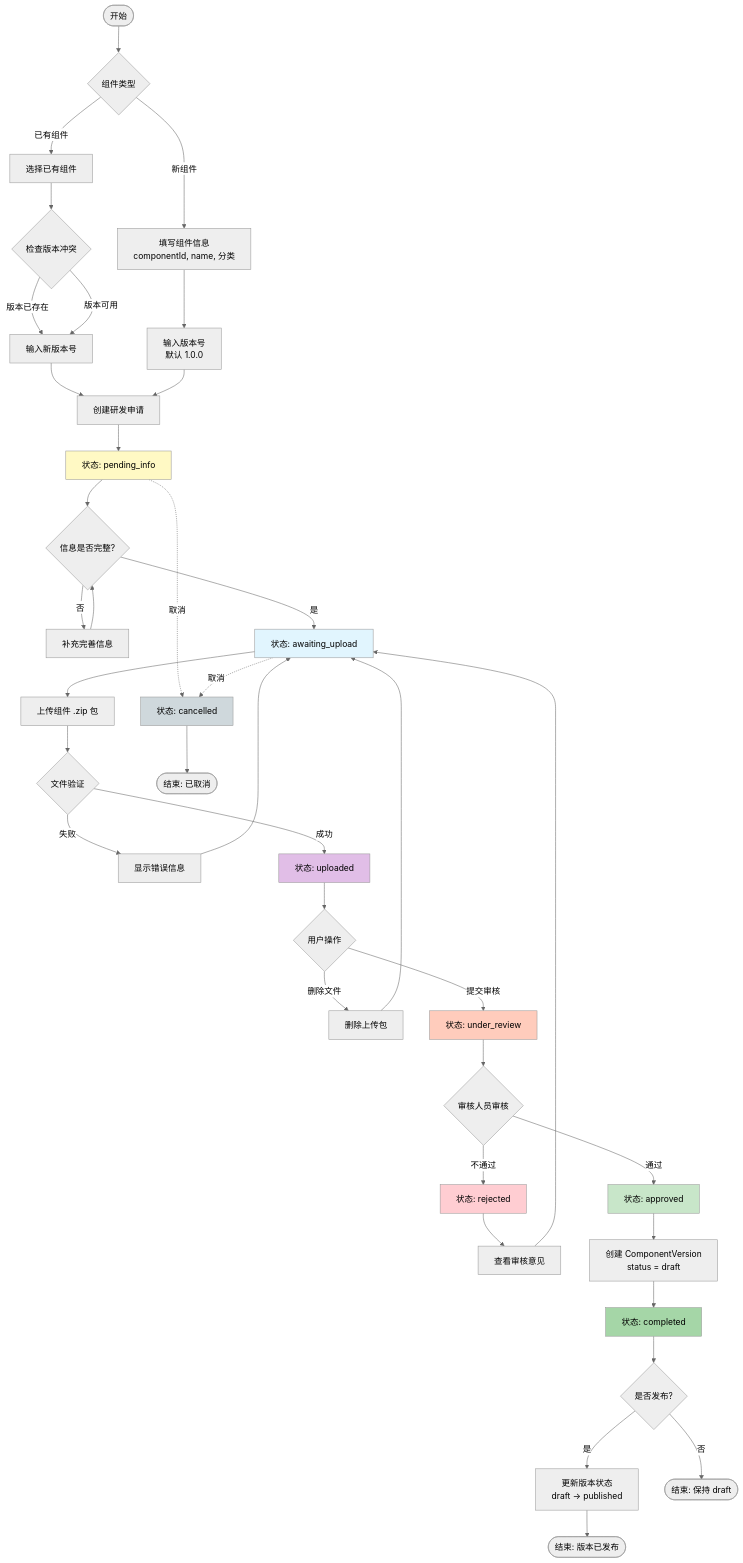
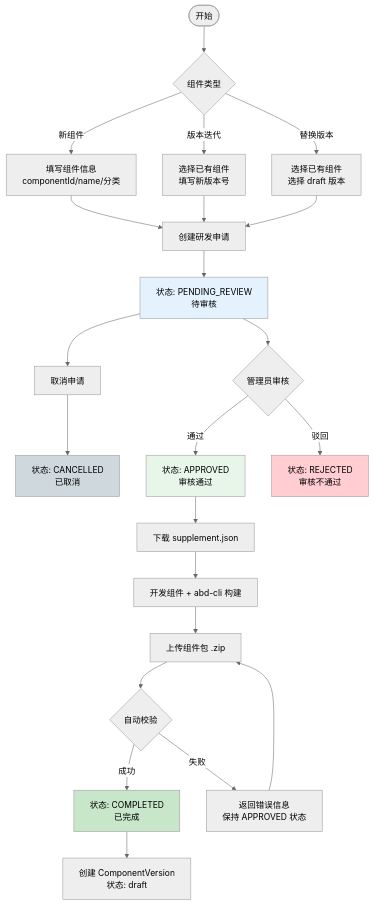
One commit to weitingweiting/rbac-jwt-redis-nest changed the diagram in docs/组件研发申请流程设计.md. Above: the diagram before and after it, drawn with Mermaid (neutral theme). The commit also changed other lines of this file and 16 other files, not shown here.

````diff
--- a/docs/组件研发申请流程设计.md
+++ b/docs/组件研发申请流程设计.md
@@ -261,65 +201,38 @@
 ```mermaid
 flowchart TD
     Start([开始]) --> Choice{组件类型}
 
-    Choice -->|新组件| NewComp[填写组件信息<br/>componentId, name, 分类]
-    Choice -->|已有组件| ExistComp[选择已有组件]
+    Choice -->|新组件| NewComp[填写组件信息<br/>componentId/name/分类]
+    Choice -->|版本迭代| VersionComp[选择已有组件<br/>填写新版本号]
+    Choice -->|替换版本| ReplaceComp[选择已有组件<br/>选择 draft 版本]
 
-    NewComp --> VersionInput[输入版本号<br/>默认 1.0.0]
-    ExistComp --> VersionCheck{检查版本冲突}
+    NewComp --> CreateApp[创建研发申请]
+    VersionComp --> CreateApp
+    ReplaceComp --> CreateApp
 
-    VersionCheck -->|版本已存在| VersionInput2[输入新版本号]
-    VersionCheck -->|版本可用| VersionInput2
-    VersionInput2 --> CreateApp[创建研发申请]
+    CreateApp --> PendingReview[状态: PENDING_REVIEW<br/>待审核]
 
-    VersionInput --> CreateApp
-    CreateApp --> State1[状态: pending_info]
+    PendingReview --> ReviewChoice{管理员审核}
+    PendingReview --> Cancel[取消申请]
+    Cancel --> Cancelled[状态: CANCELLED<br/>已取消]
 
-    State1 --> CompleteInfo{信息是否完整?}
-    CompleteInfo -->|否| EditInfo[补充完善信息]
-    EditInfo --> CompleteInfo
-    CompleteInfo -->|是| State2[状态: awaiting_upload]
+    ReviewChoice -->|通过| Approved[状态: APPROVED<br/>审核通过]
+    ReviewChoice -->|驳回| Rejected[状态: REJECTED<br/>审核不通过]
 
-    State2 --> Upload[上传组件 .zip 包]
-    Upload --> Validate{文件验证}
+    Approved --> Download[下载 supplement.json]
+    Download --> Develop[开发组件 + abd-cli 构建]
+    Develop --> Upload[上传组件包 .zip]
 
-    Validate -->|失败| ErrorMsg[显示错误信息]
-    ErrorMsg --> State2
+    Upload --> Validate{自动校验}
+    Validate -->|成功| Completed[状态: COMPLETED<br/>已完成]
+    Validate -->|失败| UploadFailed[返回错误信息<br/>保持 APPROVED 状态]
+    UploadFailed --> Upload
 
-    Validate -->|成功| State3[状态: uploaded]
+    Completed --> CreateVersion[创建 ComponentVersion<br/>状态: draft]
 
-    State3 --> UserChoice1{用户操作}
-    UserChoice1 -->|删除文件| DeleteFile[删除上传包]
-    DeleteFile --> State2
-    UserChoice1 -->|提交审核| State4[状态: under_review]
-
-    State4 --> Review{审核人员审核}
-
-    Review -->|不通过| State5[状态: rejected]
-    State5 --> ViewReason[查看审核意见]
-    ViewReason --> State2
-
-    Review -->|通过| State6[状态: approved]
-    State6 --> CreateVersion[创建 ComponentVersion<br/>status = draft]
-
-    CreateVersion --> State7[状态: completed]
-    State7 --> Publish{是否发布?}
-
-    Publish -->|是| UpdateVersion[更新版本状态<br/>draft → published]
-    Publish -->|否| End1([结束: 保持 draft])
-
-    UpdateVersion --> End2([结束: 版本已发布])
-
-    State1 -.取消.-> Cancelled[状态: cancelled]
-    State2 -.取消.-> Cancelled
-    Cancelled --> End3([结束: 已取消])
-
-    style State1 fill:#FFF9C4
-    style State2 fill:#E1F5FE
-    style State3 fill:#E1BEE7
-    style State4 fill:#FFCCBC
-    style State5 fill:#FFCDD2
-    style State6 fill:#C8E6C9
-    style State7 fill:#A5D6A7
+    style PendingReview fill:#E3F2FD
+    style Approved fill:#E8F5E9
+    style Completed fill:#C8E6C9
+    style Rejected fill:#FFCDD2
     style Cancelled fill:#CFD8DC
 ```
````
